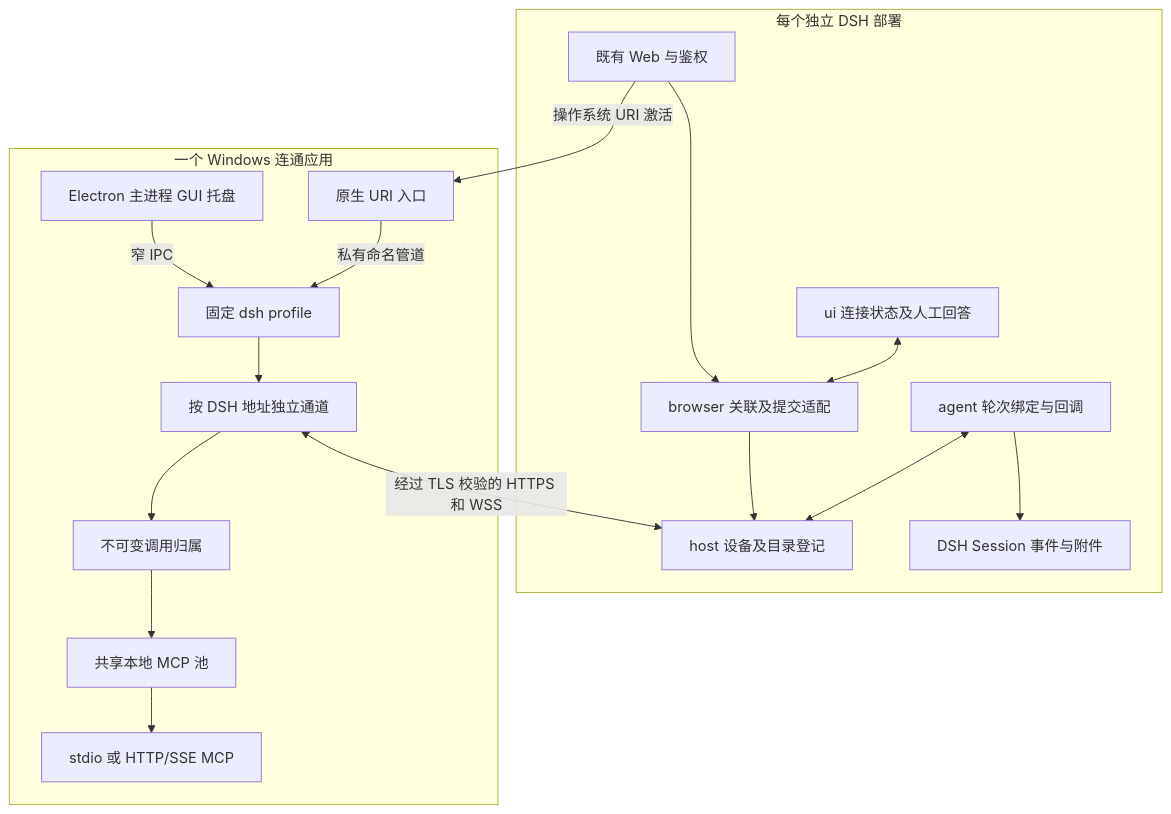
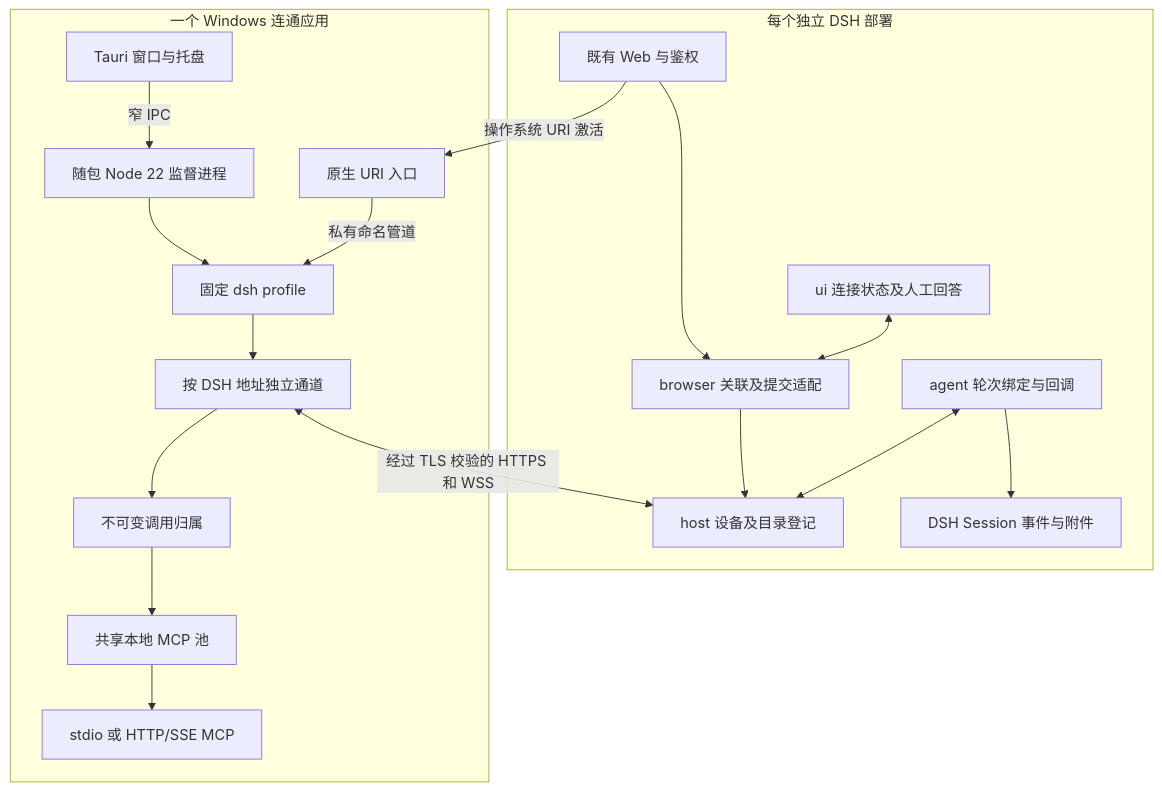
The first of 2 diagrams in docs/design.md (j-show/dsh-plugin-mcp-proxy), drawn with Mermaid before and after one commit. The commit also changed other lines of this file and 116 other files, not shown here.

````diff
--- a/docs/design.md
+++ b/docs/design.md
@@ -7,20 +7,21 @@
 ```mermaid
 flowchart TB
   subgraph Remote[每个独立 DSH 部署]
     Web[既有 Web 与鉴权] --> Browser[browser 关联及提交适配]
     Browser --> Host[host 设备及目录登记]
     Agent[agent 轮次绑定与回调] <--> Host
     Agent --> Log[DSH Session 事件与附件]
     UI[ui 连接状态及人工回答] <--> Browser
   end
   subgraph Desktop[一个 Windows 连通应用]
-    GUI[Electron 主进程 GUI 托盘] -->|窄 IPC| Runtime[固定 dsh profile]
+    GUI[Tauri 窗口与托盘] -->|窄 IPC| Supervisor[随包 Node 22 监督进程]
+    Supervisor --> Runtime[固定 dsh profile]
     URI[原生 URI 入口] -->|私有命名管道| Runtime
     Runtime --> Channels[按 DSH 地址独立通道]
     Channels --> Routes[不可变调用归属]
     Routes --> Pool[共享本地 MCP 池]
     Pool --> MCP[stdio 或 HTTP/SSE MCP]
   end
   Web -->|操作系统 URI 激活| URI
   Channels <-->|经过 TLS 校验的 HTTPS 和 WSS| Host
 ```
````
